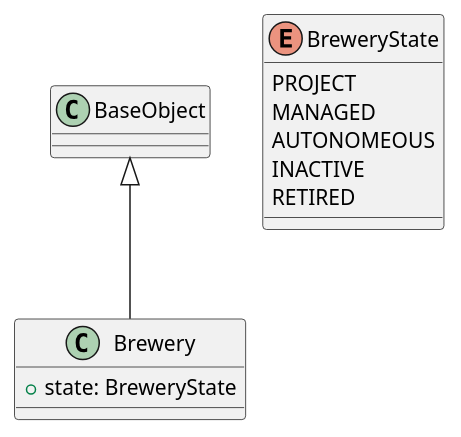
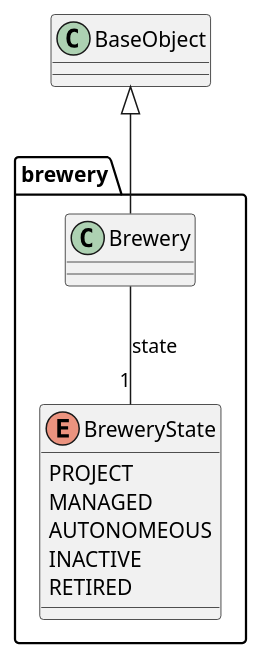
The diagram in src/class/include/brewery.iuml (beerfactory/brewbox-uml), drawn with PlantUML before and after one commit. The commit also changed 32 other files, not shown here.

```diff
--- a/src/class/include/brewery.iuml
+++ b/src/class/include/brewery.iuml
@@ -1,13 +1,15 @@
-class Brewery {
-	+ state: BreweryState
-}
+package brewery {
+	class Brewery {
+	}
 
-enum BreweryState {
-    PROJECT
-    MANAGED
-    AUTONOMEOUS
-    INACTIVE
-    RETIRED
+	enum BreweryState {
+	    PROJECT
+	    MANAGED
+	    AUTONOMEOUS
+	    INACTIVE
+	    RETIRED
+	}
 }
 
 BaseObject <|-- Brewery
+Brewery -- "1" BreweryState : state
```
